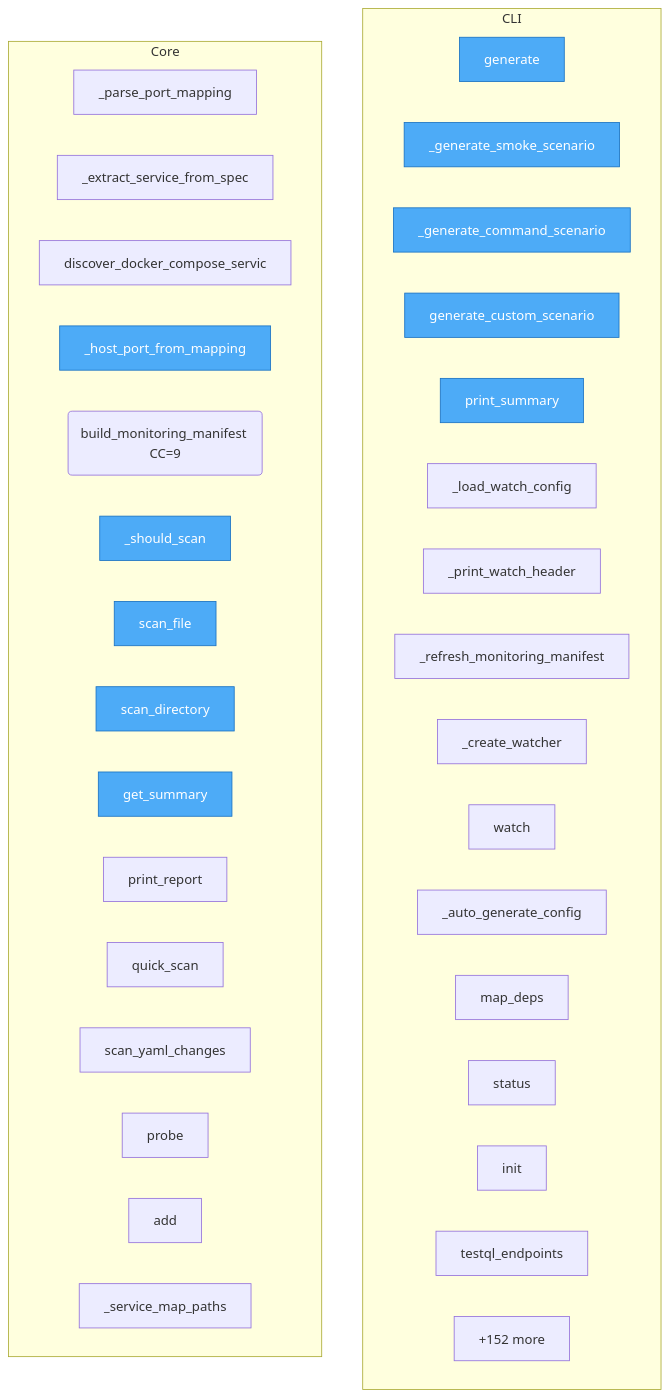
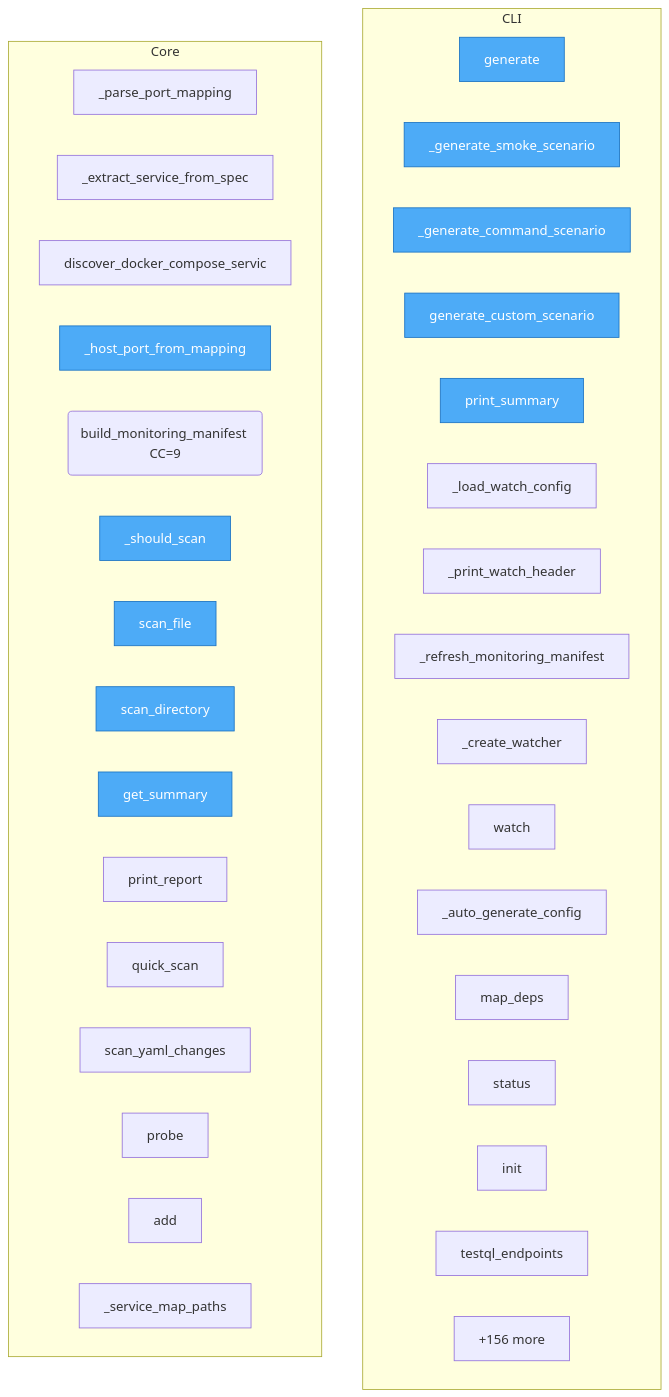
The diagram in project/flow.mmd (semcod/wup), drawn with Mermaid before and after one commit. The commit also changed 42 other files, not shown here.

```diff
--- a/project/flow.mmd
+++ b/project/flow.mmd
@@ -1,45 +1,45 @@
 flowchart TD
 %% generated in 0.01s
 
     %% Entry points (blue)
     classDef entry fill:#4dabf7,stroke:#1971c2,color:#fff
 
     subgraph CLI
         wup__testql_cli_generator__TestQLCLIGenerator__generate["generate"]
         wup__testql_cli_generator__TestQLCLIGenerator___generate_smoke_scenario["_generate_smoke_scenario"]
         wup__testql_cli_generator__TestQLCLIGenerator___generate_command_scenario["_generate_command_scenario"]
         wup__testql_cli_generator__TestQLCLIGenerator__generate_custom_scenario["generate_custom_scenario"]
         wup__testql_cli_generator__TestQLCLIGenerator__print_summary["print_summary"]
         wup__cli___load_watch_config["_load_watch_config"]
         wup__cli___print_watch_header["_print_watch_header"]
         wup__cli___refresh_monitoring_manifest["_refresh_monitoring_manifest"]
         wup__cli___create_watcher["_create_watcher"]
         wup__cli__watch["watch"]
         wup__cli___auto_generate_config["_auto_generate_config"]
         wup__cli__map_deps["map_deps"]
         wup__cli__status["status"]
         wup__cli__init["init"]
         wup__cli__testql_endpoints["testql_endpoints"]
         ...["+29 more"]
     end
 
     subgraph Core
         wup__monitoring_manifest___parse_port_mapping["_parse_port_mapping"]
         wup__monitoring_manifest___extract_service_from_spec["_extract_service_from_spec"]
         wup__monitoring_manifest__discover_docker_compose_services["discover_docker_compose_servic"]
         wup__monitoring_manifest___host_port_from_mapping["_host_port_from_mapping"]
         wup__monitoring_manifest__build_monitoring_manifest("build_monitoring_manifest CC=9")
         wup__anomaly_detector__AnomalyDetector___should_scan["_should_scan"]
         wup__anomaly_detector__AnomalyDetector__scan_file["scan_file"]
         wup__anomaly_detector__AnomalyDetector__scan_directory["scan_directory"]
         wup__anomaly_detector__AnomalyDetector__get_summary["get_summary"]
         wup__anomaly_detector__AnomalyDetector__print_report["print_report"]
         wup__anomaly_detector__quick_scan["quick_scan"]
         wup__anomaly_detector__scan_yaml_changes["scan_yaml_changes"]
         wup__testql_monitor__ProbeTarget__probe["probe"]
         wup__testql_monitor___ProbeAccumulator__add["add"]
         wup__testql_monitor__TestQLMonitor___service_map_paths["_service_map_paths"]
-        ...["+152 more"]
+        ...["+156 more"]
     end
 
     class wup__testql_cli_generator__TestQLCLIGenerator__generate,wup__testql_cli_generator__TestQLCLIGenerator___generate_smoke_scenario,wup__testql_cli_generator__TestQLCLIGenerator___generate_command_scenario,wup__testql_cli_generator__TestQLCLIGenerator__generate_custom_scenario,wup__testql_cli_generator__TestQLCLIGenerator__print_summary,wup__monitoring_manifest___host_port_from_mapping,wup__anomaly_detector__AnomalyDetector___should_scan,wup__anomaly_detector__AnomalyDetector__scan_file,wup__anomaly_detector__AnomalyDetector__scan_directory,wup__anomaly_detector__AnomalyDetector__get_summary entry
```
